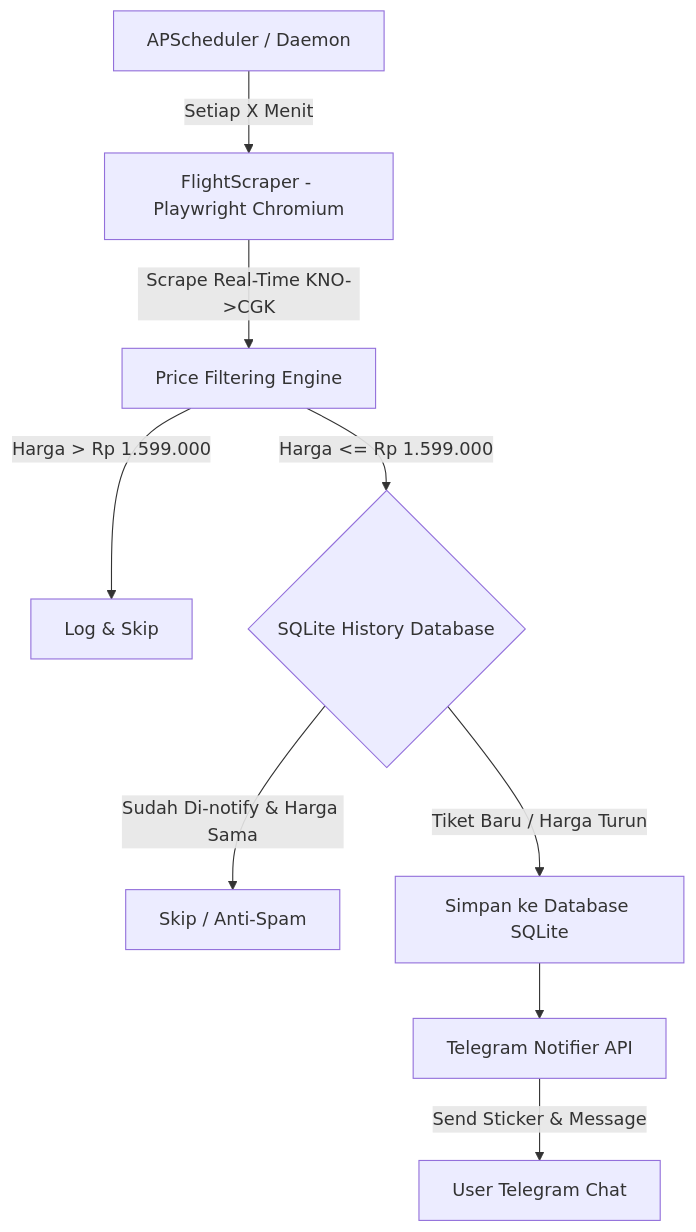
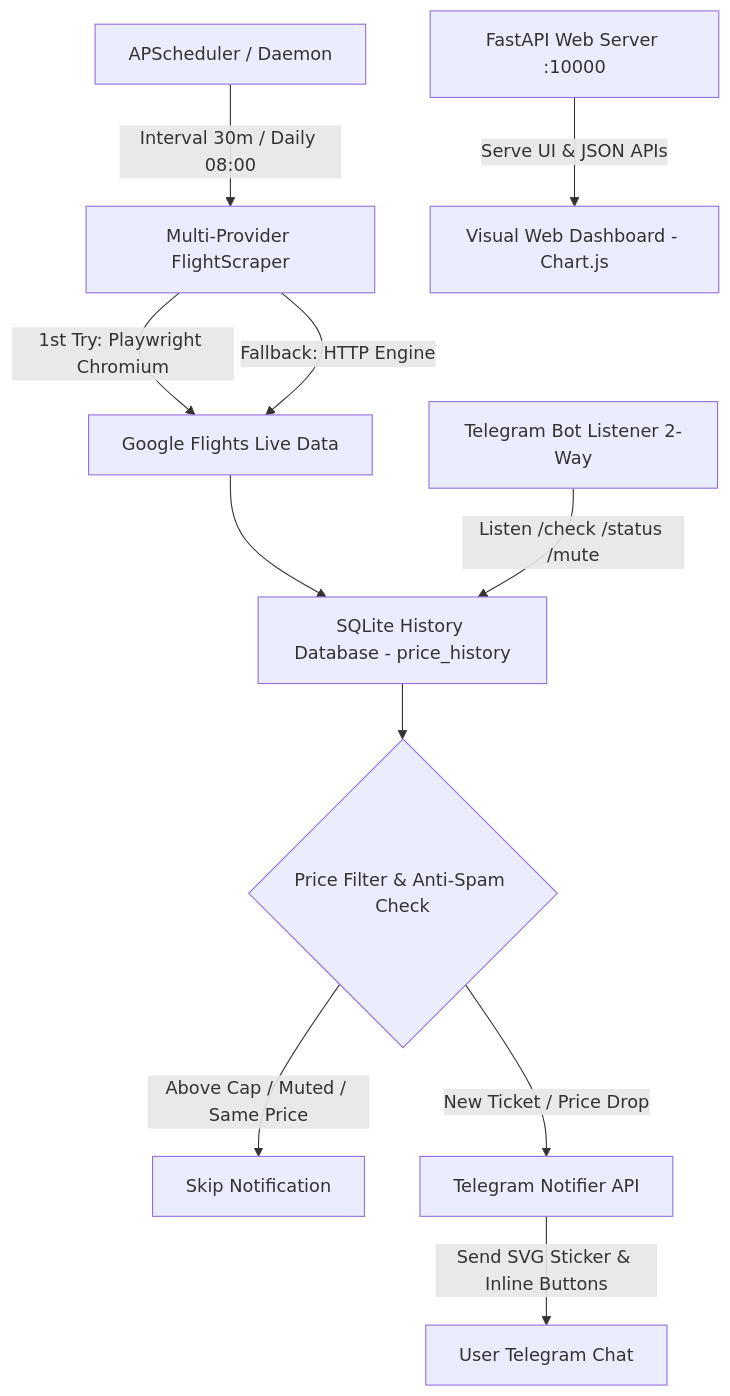
One commit to felichpehagasaginting-code/FlightTracker changed the diagram in README.md. Above: the diagram before and after it, drawn with Mermaid. The commit also changed other lines of this file, not shown here.

Commit message:
docs: polish README.md with multi-provider scraper, 2-way bot, inline buttons, daily digest & OLED web dashboard docs

````diff
--- a/README.md
+++ b/README.md
@@ -33,11 +42,13 @@
 ```mermaid
 graph TD
-    A[APScheduler / Daemon] -->|Setiap X Menit| B[FlightScraper - Playwright Chromium]
-    B -->|Scrape Real-Time KNO->CGK| C[Price Filtering Engine]
-    C -->|Harga > Rp 1.599.000| D[Log & Skip]
-    C -->|Harga <= Rp 1.599.000| E{SQLite History Database}
-    E -->|Sudah Di-notify & Harga Sama| F[Skip / Anti-Spam]
-    E -->|Tiket Baru / Harga Turun| G[Simpan ke Database SQLite]
-    G --> H[Telegram Notifier API]
-    H -->|Send Sticker & Message| I[User Telegram Chat]
+    A[APScheduler / Daemon] -->|Interval 30m / Daily 08:00| B[Multi-Provider FlightScraper]
+    B -->|1st Try: Playwright Chromium| C[Google Flights Live Data]
+    B -->|Fallback: HTTP Engine| C
+    C --> D[SQLite History Database - price_history]
+    D --> E{Price Filter & Anti-Spam Check}
+    E -->|Above Cap / Muted / Same Price| F[Skip Notification]
+    E -->|New Ticket / Price Drop| G[Telegram Notifier API]
+    G -->|Send SVG Sticker & Inline Buttons| H[User Telegram Chat]
+    I[Telegram Bot Listener 2-Way] -->|Listen /check /status /mute| D
+    J[FastAPI Web Server :10000] -->|Serve UI & JSON APIs| K[Visual Web Dashboard - Chart.js]
 ```
````
